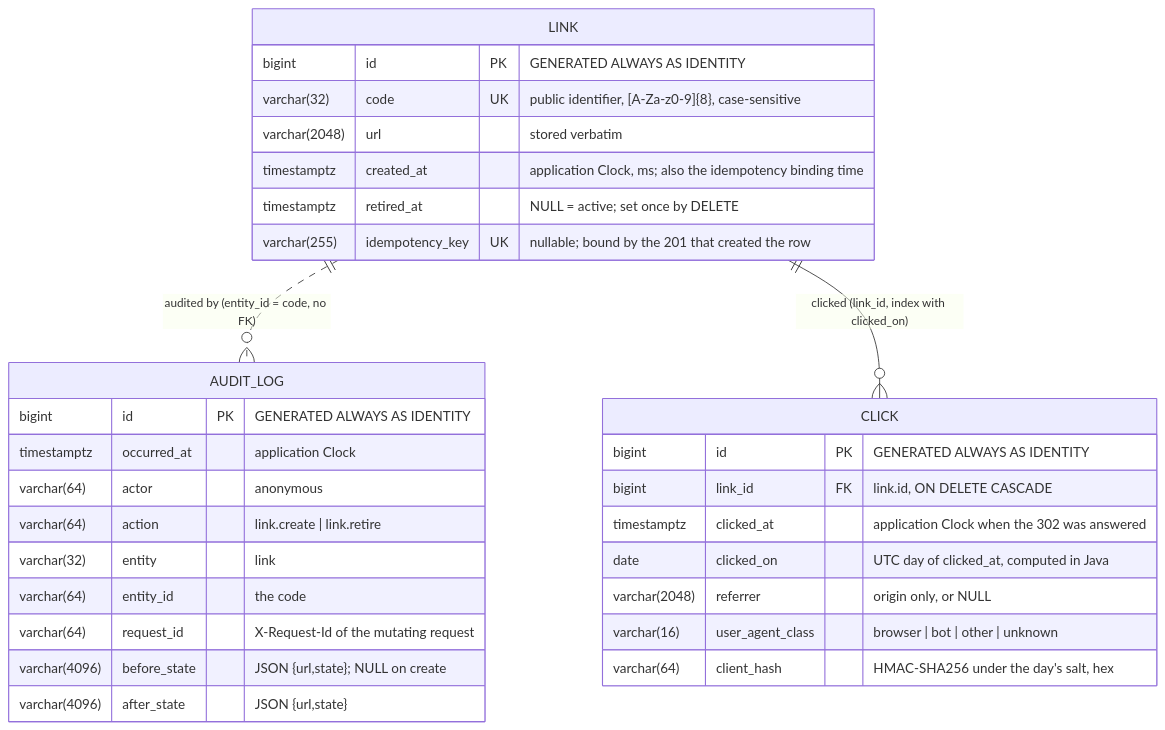
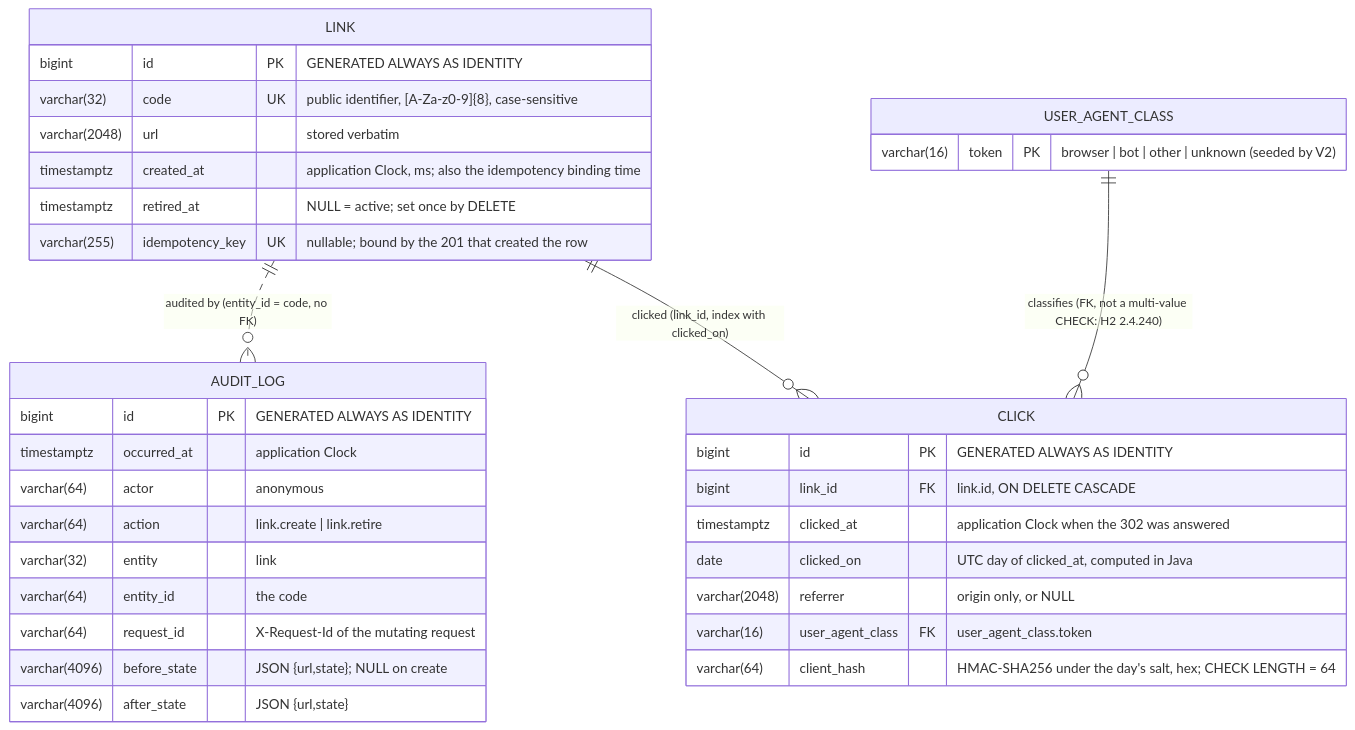
Before and after one commit to aurbanow1/url-shortener-agentic-sdlc: the diagram in docs/diagrams/erd.mmd, drawn with Mermaid. The commit also changed 12 other files, not shown here.

```diff
--- a/docs/diagrams/erd.mmd
+++ b/docs/diagrams/erd.mmd
@@ -1,34 +1,38 @@
 %% urlshort — entity relationship diagram (kept current by the Design Agent; last: 02-analytics design, V2)
 %% No foreign key between link and audit_log by design: audit_log identifies its subject by (entity, entity_id = code)
 %% and must outlive any future deletion of the subject (ADR-0008). click references link by id and goes with it (ADR-0013).
 erDiagram
     LINK {
         bigint id PK "GENERATED ALWAYS AS IDENTITY"
         varchar(32) code UK "public identifier, [A-Za-z0-9]{8}, case-sensitive"
         varchar(2048) url "stored verbatim"
         timestamptz created_at "application Clock, ms; also the idempotency binding time"
         timestamptz retired_at "NULL = active; set once by DELETE"
         varchar(255) idempotency_key UK "nullable; bound by the 201 that created the row"
     }
     AUDIT_LOG {
         bigint id PK "GENERATED ALWAYS AS IDENTITY"
         timestamptz occurred_at "application Clock"
         varchar(64) actor "anonymous"
         varchar(64) action "link.create | link.retire"
         varchar(32) entity "link"
         varchar(64) entity_id "the code"
         varchar(64) request_id "X-Request-Id of the mutating request"
         varchar(4096) before_state "JSON {url,state}; NULL on create"
         varchar(4096) after_state "JSON {url,state}"
     }
     CLICK {
         bigint id PK "GENERATED ALWAYS AS IDENTITY"
         bigint link_id FK "link.id, ON DELETE CASCADE"
         timestamptz clicked_at "application Clock when the 302 was answered"
         date clicked_on "UTC day of clicked_at, computed in Java"
         varchar(2048) referrer "origin only, or NULL"
-        varchar(16) user_agent_class "browser | bot | other | unknown"
-        varchar(64) client_hash "HMAC-SHA256 under the day's salt, hex"
+        varchar(16) user_agent_class FK "user_agent_class.token"
+        varchar(64) client_hash "HMAC-SHA256 under the day's salt, hex; CHECK LENGTH = 64"
+    }
+    USER_AGENT_CLASS {
+        varchar(16) token PK "browser | bot | other | unknown (seeded by V2)"
     }
     LINK ||..o{ AUDIT_LOG : "audited by (entity_id = code, no FK)"
     LINK ||--o{ CLICK : "clicked (link_id, index with clicked_on)"
+    USER_AGENT_CLASS ||--o{ CLICK : "classifies (FK, not a multi-value CHECK: H2 2.4.240)"
```
